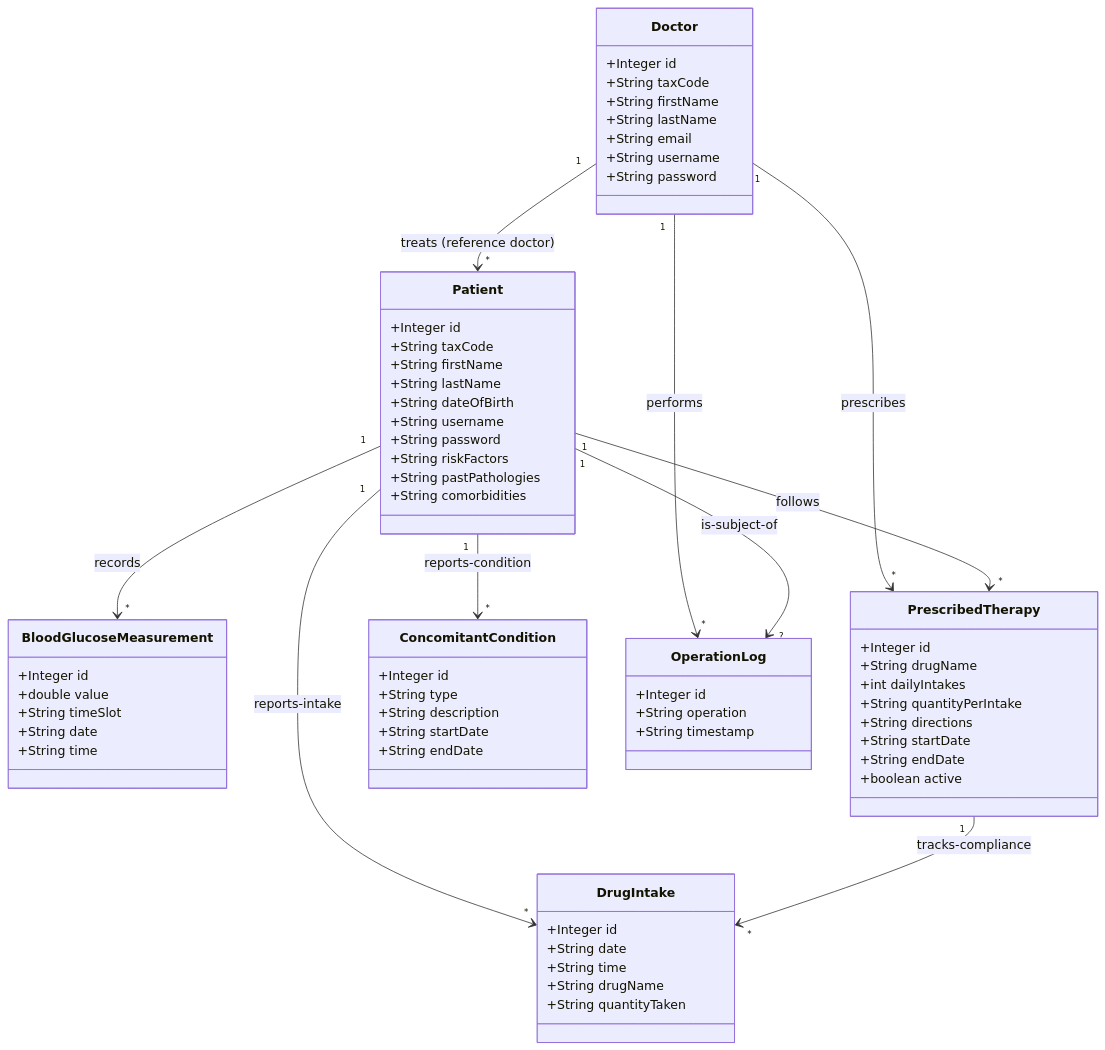
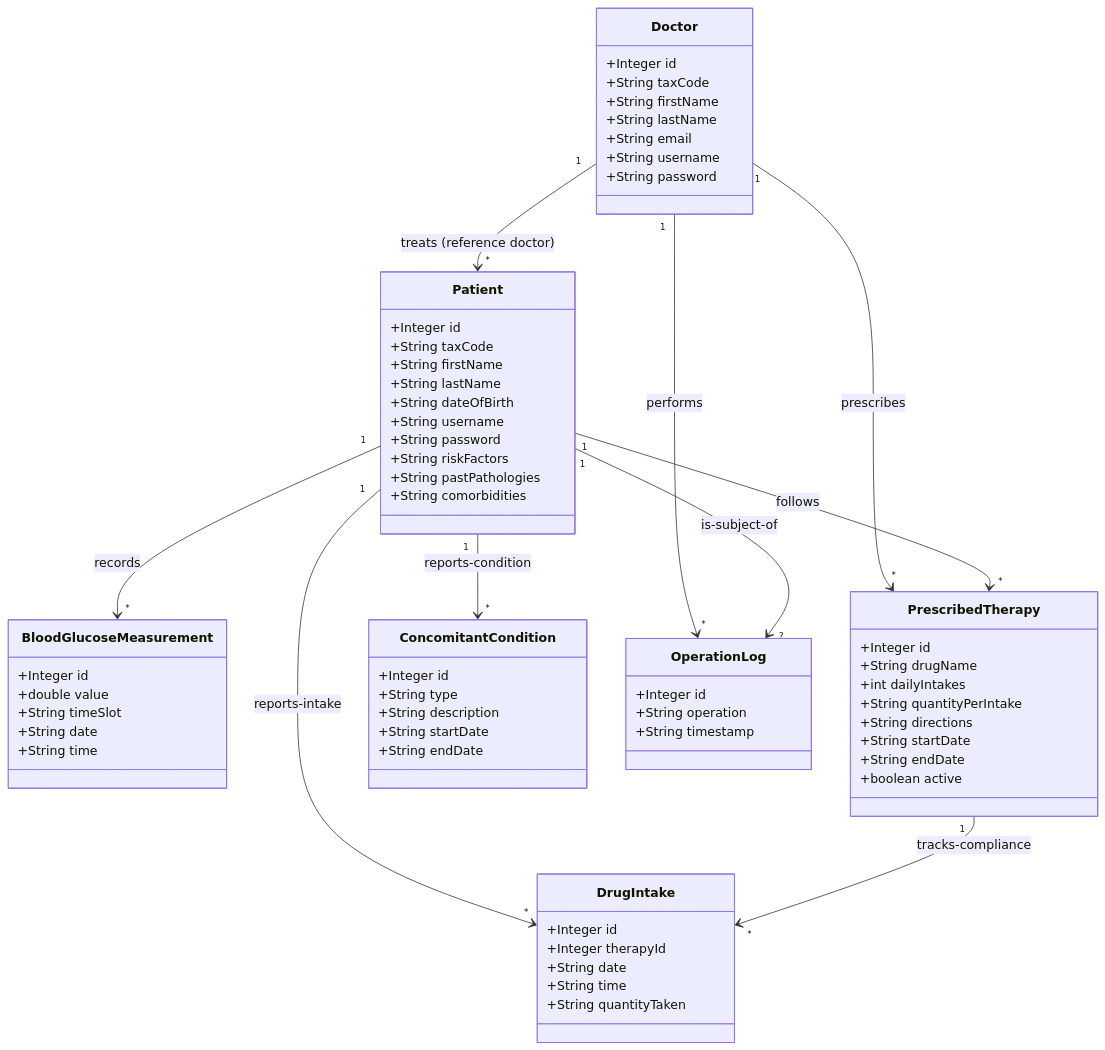
One commit to SamueleOrazioDurante/telemedicina-ingegneria changed the second of 13 diagrams in documentation.md. Above: the diagram before and after it, drawn with Mermaid. The commit also changed other lines of this file and 4 other files, not shown here.

````diff
--- a/documentation.md
+++ b/documentation.md
@@ -235,70 +235,70 @@
 ```mermaid
 classDiagram
     class Doctor {
         +Integer id
         +String taxCode
         +String firstName
         +String lastName
         +String email
         +String username
         +String password
     }
     class Patient {
         +Integer id
         +String taxCode
         +String firstName
         +String lastName
         +String dateOfBirth
         +String username
         +String password
         +String riskFactors
         +String pastPathologies
         +String comorbidities
     }
     class BloodGlucoseMeasurement {
         +Integer id
         +double value
         +String timeSlot
         +String date
         +String time
     }
     class PrescribedTherapy {
         +Integer id
         +String drugName
         +int dailyIntakes
         +String quantityPerIntake
         +String directions
         +String startDate
         +String endDate
         +boolean active
     }
     class DrugIntake {
         +Integer id
+        +Integer therapyId
         +String date
         +String time
-        +String drugName
         +String quantityTaken
     }
     class ConcomitantCondition {
         +Integer id
         +String type
         +String description
         +String startDate
         +String endDate
     }
     class OperationLog {
         +Integer id
         +String operation
         +String timestamp
     }
 
     Doctor "1" --> "*" Patient : treats (reference doctor)
     Doctor "1" --> "*" PrescribedTherapy : prescribes
     Doctor "1" --> "*" OperationLog : performs
     Patient "1" --> "*" BloodGlucoseMeasurement : records
     Patient "1" --> "*" PrescribedTherapy : follows
     Patient "1" --> "*" DrugIntake : reports-intake
     Patient "1" --> "*" ConcomitantCondition : reports-condition
     Patient "1" --> "?" OperationLog : is-subject-of
     PrescribedTherapy "1" --> "*" DrugIntake : tracks-compliance
 ```
````
